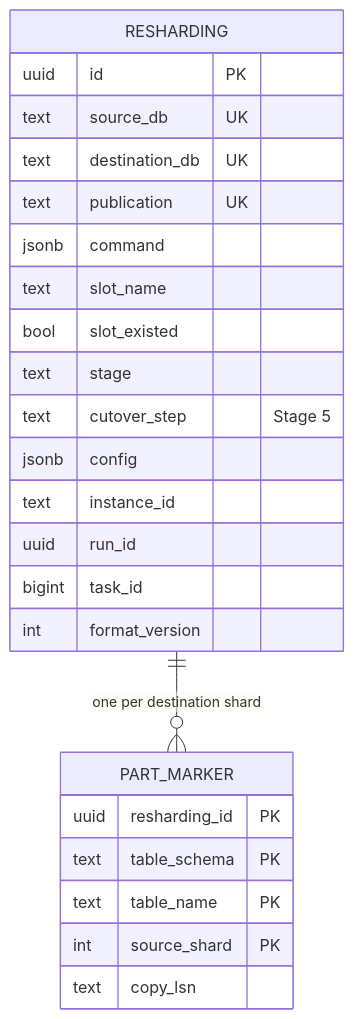
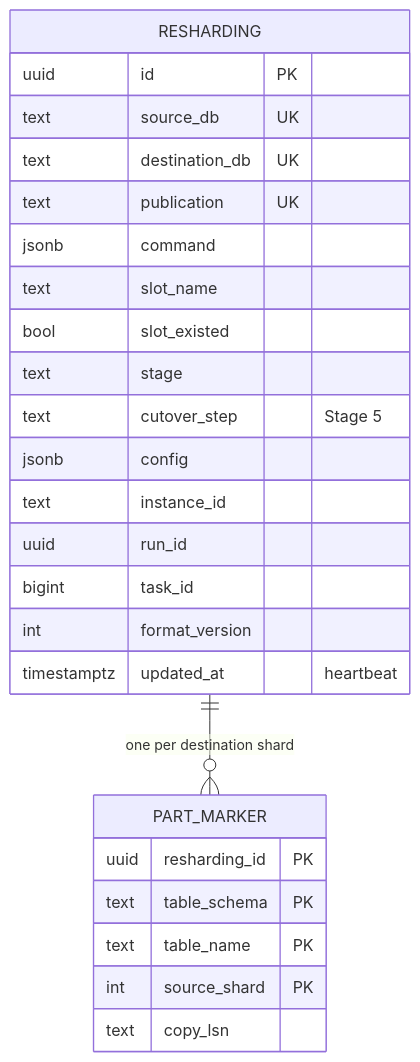
One commit to pgdogdev/pgdog changed the second of 6 diagrams in docs/RESUMABLE_RESHARDING.md. Above: the diagram before and after it, drawn with Mermaid. The commit also changed other lines of this file and 8 other files, not shown here.

````diff
--- a/docs/RESUMABLE_RESHARDING.md
+++ b/docs/RESUMABLE_RESHARDING.md
@@ -151,27 +151,28 @@
 ```mermaid
 erDiagram
   RESHARDING ||--o{ PART_MARKER : "one per destination shard"
   RESHARDING {
     uuid id PK
     text source_db UK
     text destination_db UK
     text publication UK
     jsonb command
     text slot_name
     bool slot_existed
     text stage
     text cutover_step "Stage 5"
     jsonb config
     text instance_id
     uuid run_id
     bigint task_id
     int format_version
+    timestamptz updated_at "heartbeat"
   }
   PART_MARKER {
     uuid resharding_id PK
     text table_schema PK
     text table_name PK
     int source_shard PK
     text copy_lsn
   }
 ```
````
